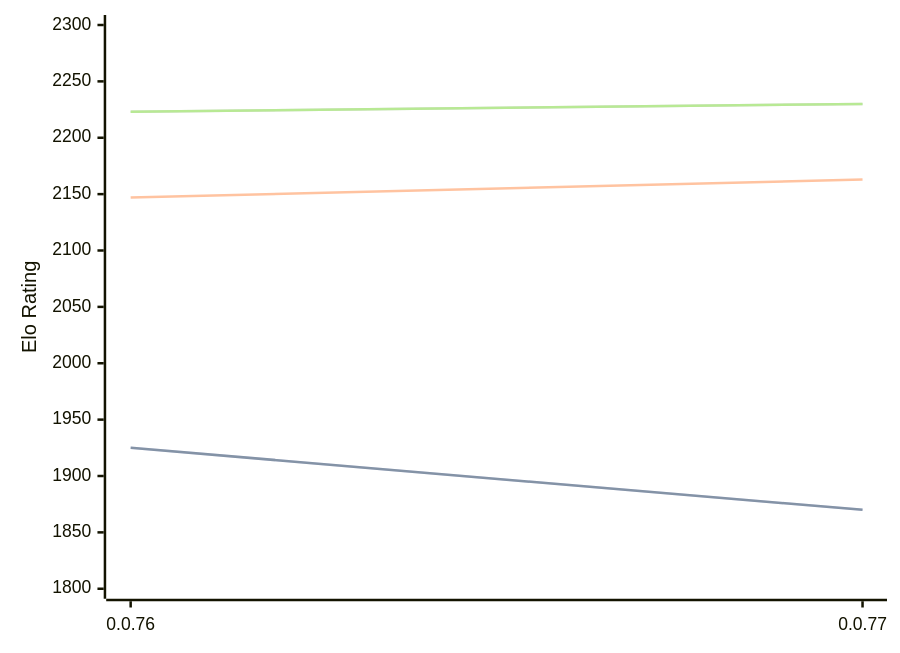
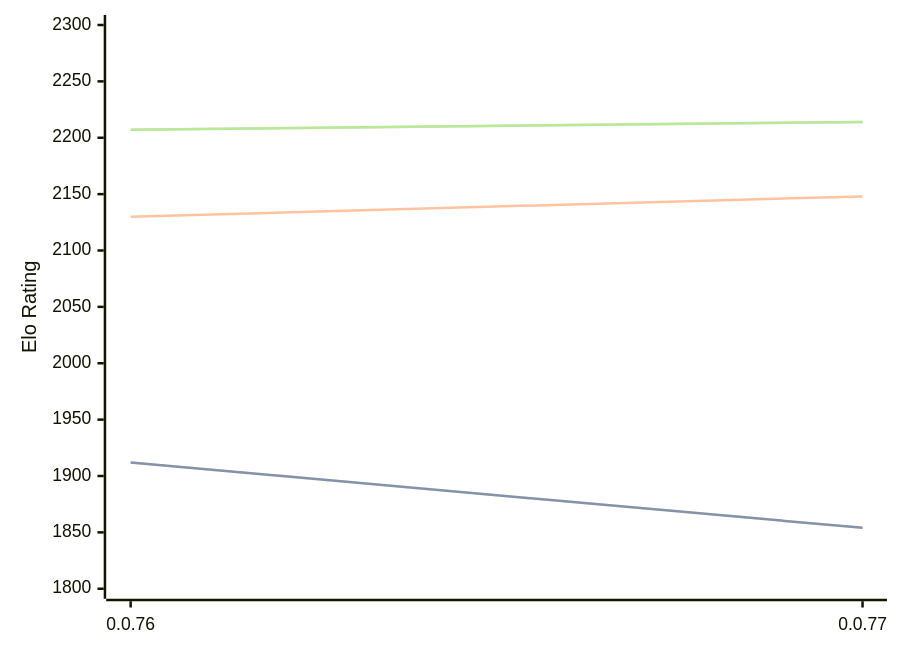
Before and after one commit to computer-chess-index/cci: the diagram in engines/Fktb.md, drawn with Mermaid. The commit also changed other lines of this file, not shown here.

Commit message:
Update CCI Ratings (ELO VLTC) - 2026-05-20

````diff
--- a/engines/Fktb.md
+++ b/engines/Fktb.md
@@ -32,11 +32,11 @@
 ```mermaid
 %%{init: {"theme":"base","themeVariables":{"seriesColors:['#a3a3a3','#222221','#faa371']}}}%%
 xychart-beta
   x-axis ["0.0.76", "0.0.77"]
   y-axis "Elo Rating" 1800 --> 2300
-  line "STC (8.0+0.08s)" [1925, 1870]
-  line "STC (8.0+0.08s)" [1925, 1870]
-  line "LTC (60.0+0.60s)" [2147, 2163]
-  line "VLTC (2m24s+1.12s)" [2223, 2230]
-  line "VLTC (2m24s+1.12s)" [2223, 2230]
+  line "STC (8.0+0.08s)" [1912, 1854]
+  line "STC (8.0+0.08s)" [1912, 1854]
+  line "LTC (60.0+0.60s)" [2130, 2148]
+  line "VLTC (2m24s+1.12s)" [2207, 2214]
+  line "VLTC (2m24s+1.12s)" [2207, 2214]
 ```
````
